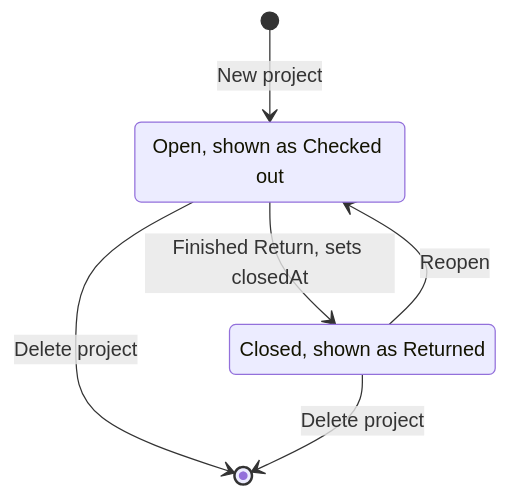
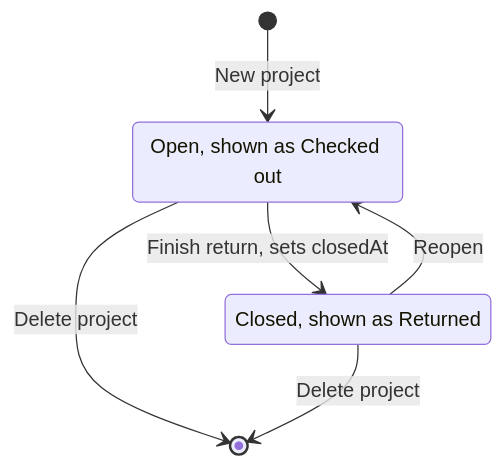
The fifth of 12 diagrams in docs/architecture/README.md (davetashner/supply-checkout), drawn with Mermaid before and after one commit. The commit also changed 29 other files, not shown here.

````diff
--- a/docs/architecture/README.md
+++ b/docs/architecture/README.md
@@ -225,10 +225,10 @@
 ```mermaid
 stateDiagram-v2
   state "Open, shown as Checked out" as open
   state "Closed, shown as Returned" as closed
   [*] --> open : New project
-  open --> closed : Finished Return, sets closedAt
+  open --> closed : Finish return, sets closedAt
   closed --> open : Reopen
   open --> [*] : Delete project
   closed --> [*] : Delete project
 ```
````
